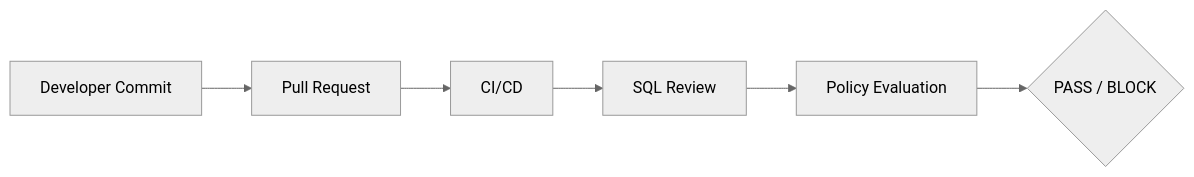
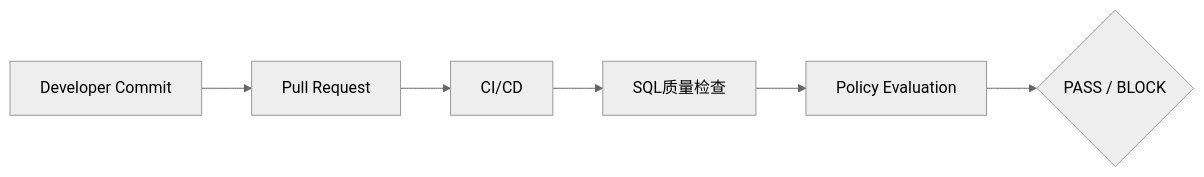
Before and after one commit to PawSQL/pawsql-docs-mantlify: the fourth of 11 diagrams in docs/use-cases/index.mdx, drawn with Mermaid (neutral theme). The commit also changed other lines of this file and 143 other files, not shown here.

````diff
--- a/docs/use-cases/index.mdx
+++ b/docs/use-cases/index.mdx
@@ -83,5 +83,5 @@
 ```mermaid
 flowchart LR
     A[Developer Commit] --> B[Pull Request] --> C[CI/CD]
-    C --> D[SQL Review] --> E[Policy Evaluation] --> F{PASS / BLOCK}
+    C --> D[SQL质量检查] --> E[Policy Evaluation] --> F{PASS / BLOCK}
 ```
````
